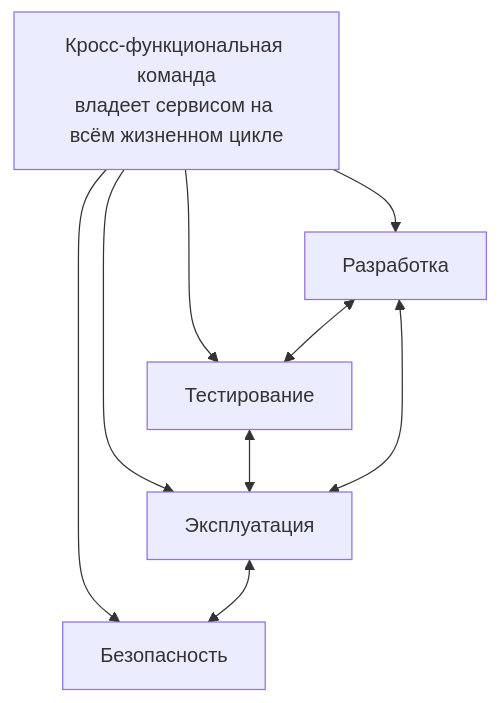
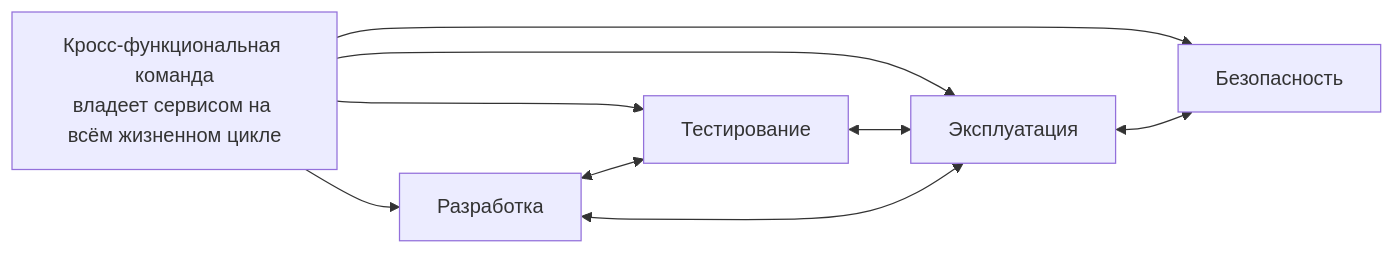
Before and after one commit to filberol/course_in_container: diagram 12 of 15 in slides/lectures/01.md, drawn with Mermaid. The commit also changed other lines of this file and 1 other file, not shown here.

````diff
--- a/slides/lectures/01.md
+++ b/slides/lectures/01.md
@@ -507,12 +507,12 @@
 ```mermaid {scale: 0.73}
-flowchart TB
+flowchart LR
     T["Кросс-функциональная команда<br/>владеет сервисом на всём жизненном цикле"]
     T --> A["Разработка"]
     T --> B["Тестирование"]
     T --> C["Эксплуатация"]
     T --> D["Безопасность"]
     A <--> B
     B <--> C
     A <--> C
     C <--> D
 ```
````
